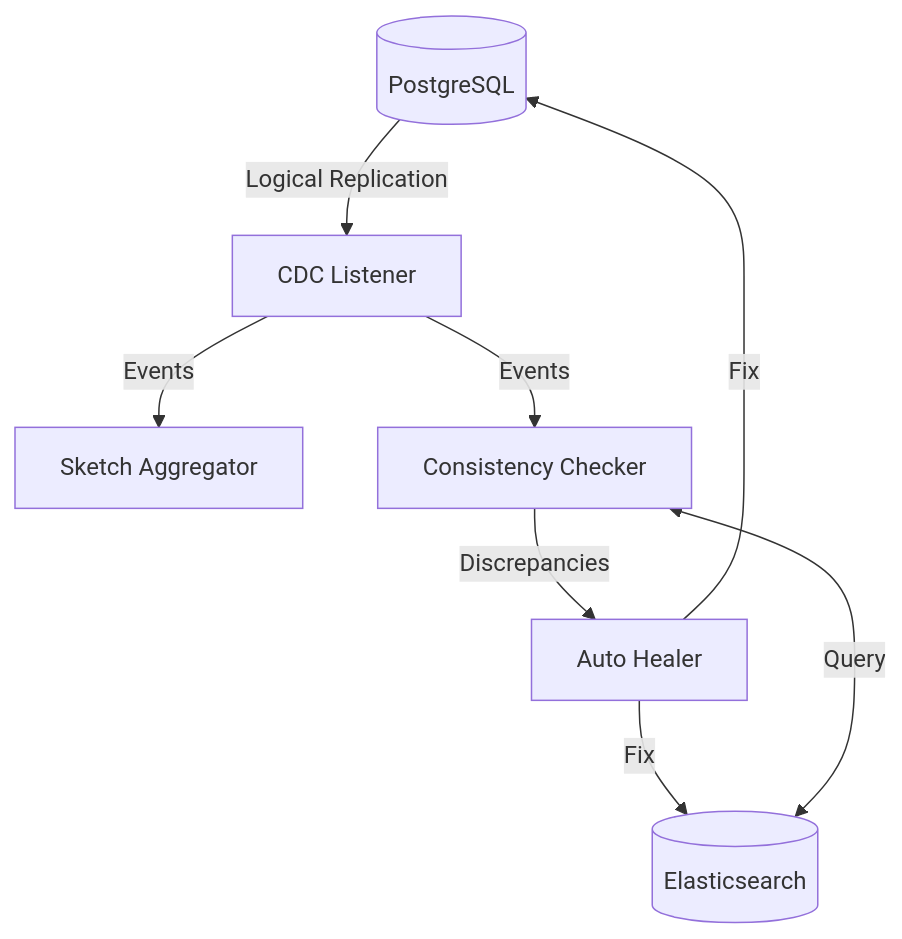
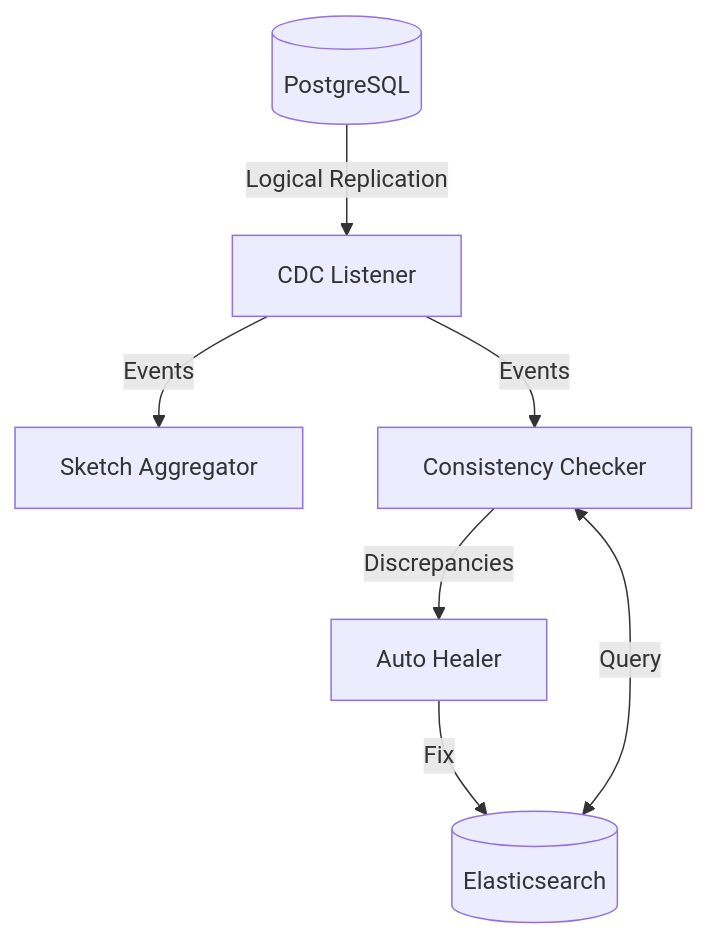
The second of 2 diagrams in README.md (112Hunter112/ElasticQuantization), drawn with Mermaid before and after one commit. The commit also changed other lines of this file and 14 other files, not shown here.

````diff
--- a/README.md
+++ b/README.md
@@ -66,10 +77,9 @@
 ```mermaid
 graph TD
     PG[(PostgreSQL)] -->|Logical Replication| CDC[CDC Listener]
     CDC -->|Events| Sketch[Sketch Aggregator]
     CDC -->|Events| Checker[Consistency Checker]
     ES[(Elasticsearch)] <-->|Query| Checker
     Checker -->|Discrepancies| Healer[Auto Healer]
-    Healer -->|Fix| PG
     Healer -->|Fix| ES
 ```
````
